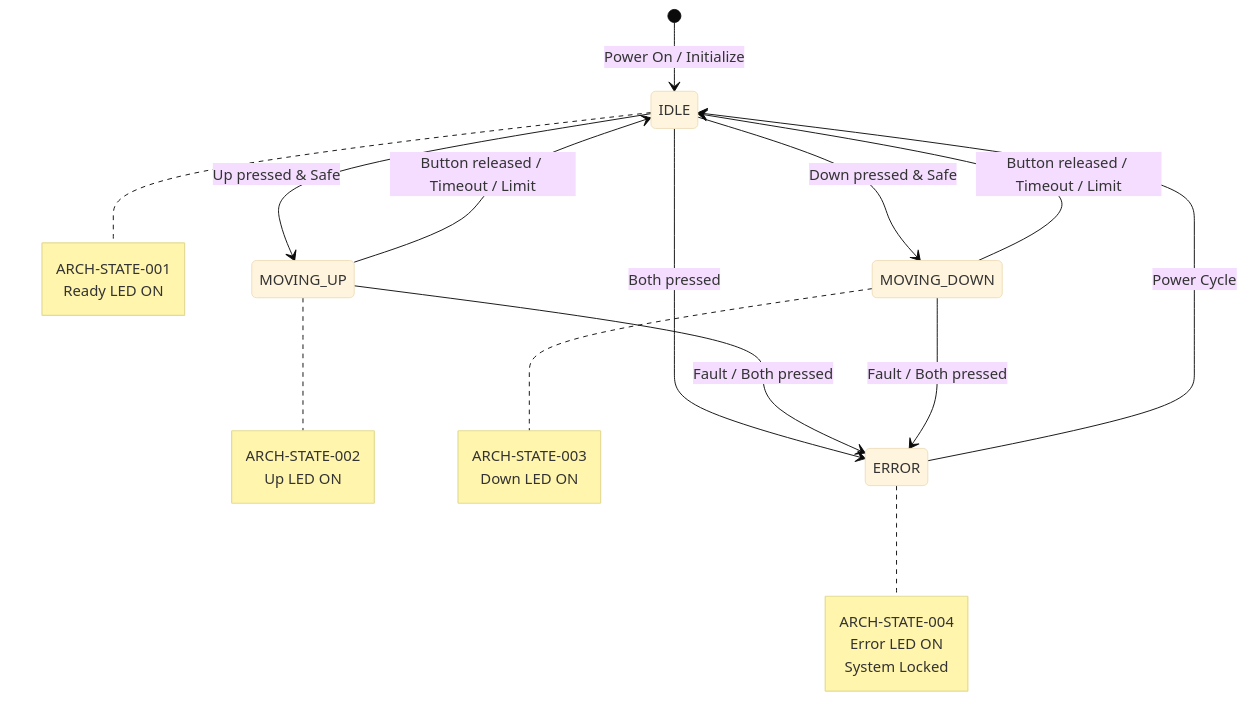
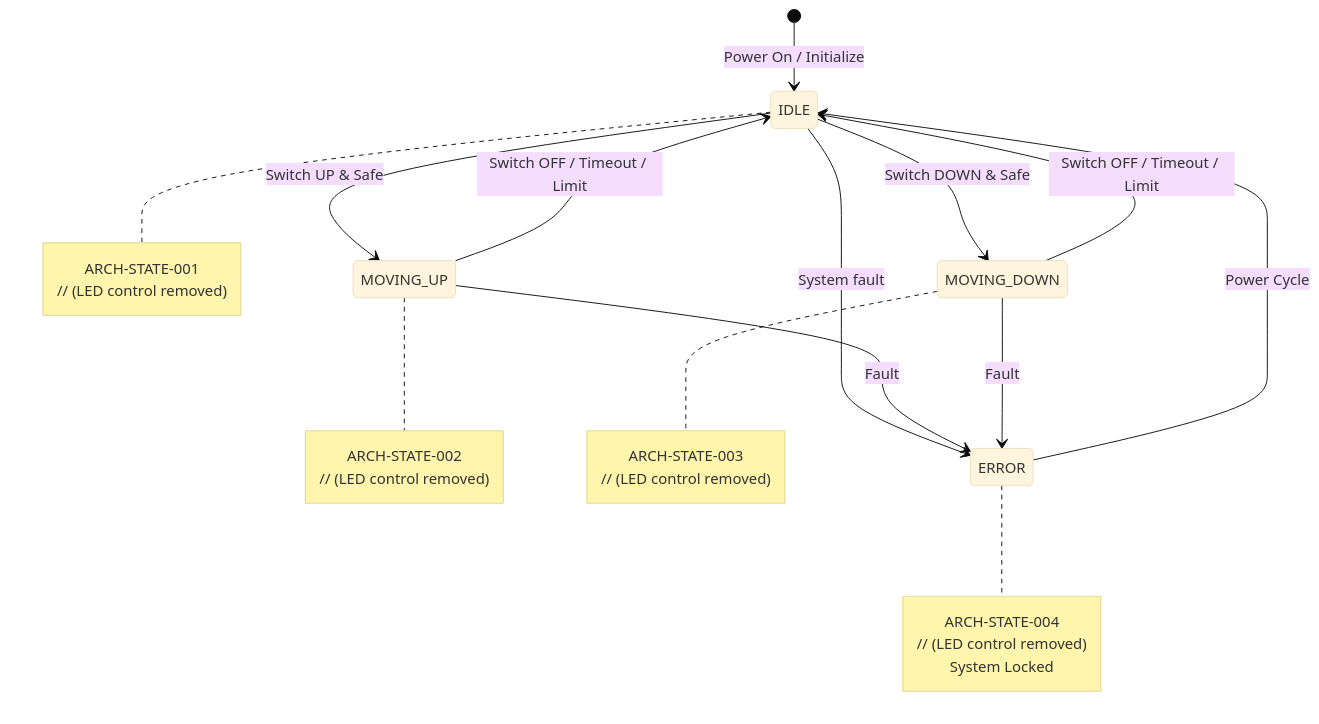
One commit to aperico/deskautomation changed the second of 7 diagrams in documentation/SoftwareArchitecture.md. Above: the diagram before and after it, drawn with Mermaid (base theme). The commit also changed other lines of this file and 17 other files, not shown here.

````diff
--- a/documentation/SoftwareArchitecture.md
+++ b/documentation/SoftwareArchitecture.md
@@ -318,37 +336,37 @@
 ```mermaid
 stateDiagram-v2
     [*] --> IDLE : Power On / Initialize
     
-    IDLE --> MOVING_UP : Up pressed & Safe
-    IDLE --> MOVING_DOWN : Down pressed & Safe
-    IDLE --> ERROR : Both pressed
+    IDLE --> MOVING_UP : Switch UP & Safe
+    IDLE --> MOVING_DOWN : Switch DOWN & Safe
+    IDLE --> ERROR : System fault
     
-    MOVING_UP --> IDLE : Button released / Timeout / Limit
-    MOVING_UP --> ERROR : Fault / Both pressed
+    MOVING_UP --> IDLE : Switch OFF / Timeout / Limit
+    MOVING_UP --> ERROR : Fault
     
-    MOVING_DOWN --> IDLE : Button released / Timeout / Limit
-    MOVING_DOWN --> ERROR : Fault / Both pressed
+    MOVING_DOWN --> IDLE : Switch OFF / Timeout / Limit
+    MOVING_DOWN --> ERROR : Fault
     
     ERROR --> IDLE : Power Cycle
     
     note right of IDLE
         ARCH-STATE-001
-        Ready LED ON
+        // (LED control removed)
     end note
     
     note right of MOVING_UP
         ARCH-STATE-002
-        Up LED ON
+        // (LED control removed)
     end note
     
     note right of MOVING_DOWN
         ARCH-STATE-003
-        Down LED ON
+        // (LED control removed)
     end note
     
     note right of ERROR
         ARCH-STATE-004
-        Error LED ON
+        // (LED control removed)
         System Locked
     end note
 ```
````
